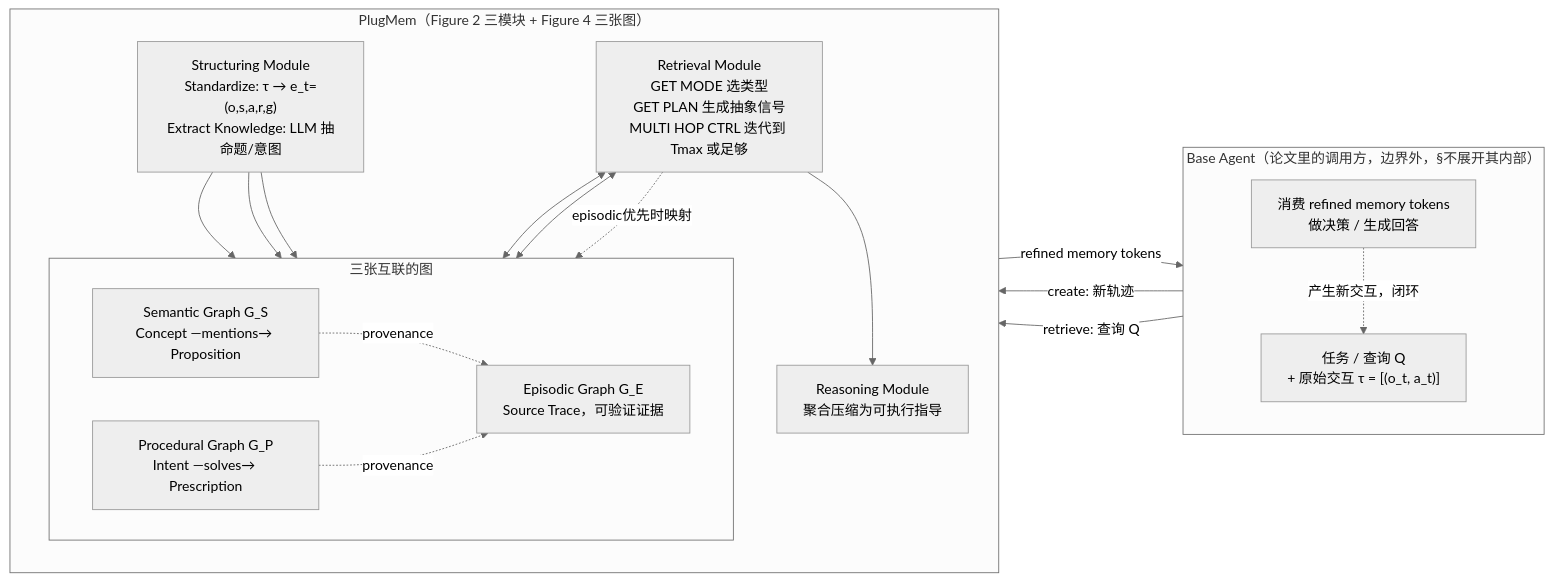
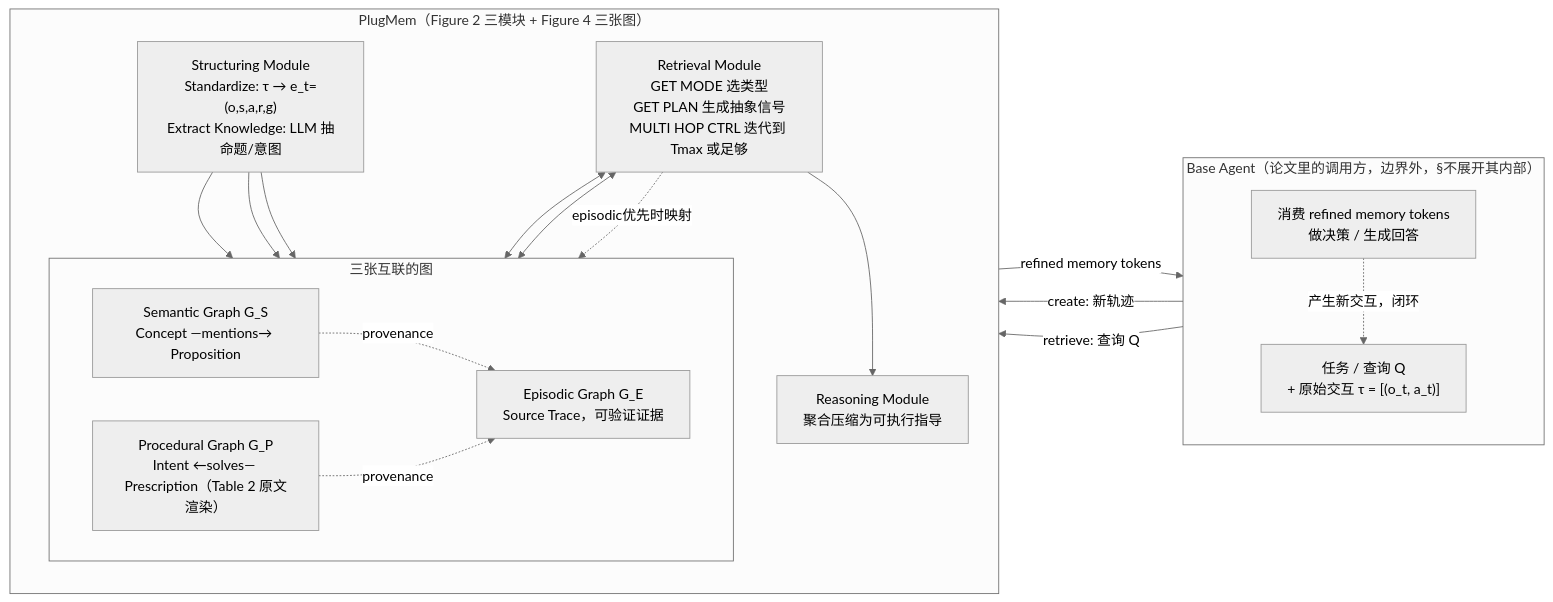
The diagram in servers/plugmem/paper-architecture.md (wafo210715/memory-bench), drawn with Mermaid (neutral theme) before and after one commit. The commit also changed other lines of this file and 25 other files, not shown here.

````diff
--- a/servers/plugmem/paper-architecture.md
+++ b/servers/plugmem/paper-architecture.md
@@ -108,38 +110,38 @@
 ```mermaid
 flowchart LR
     subgraph BASEAGENT["Base Agent（论文里的调用方，边界外，§不展开其内部）"]
         direction TB
         TASK["任务 / 查询 Q<br/>+ 原始交互 τ = [(o_t, a_t)]"]
         ACT["消费 refined memory tokens<br/>做决策 / 生成回答"]
     end
 
     subgraph PLUGMEM["PlugMem（Figure 2 三模块 + Figure 4 三张图）"]
         direction TB
         SM["Structuring Module<br/>Standardize: τ → e_t=(o,s,a,r,g)<br/>Extract Knowledge: LLM 抽命题/意图"]
 
         subgraph GRAPHS["三张互联的图"]
             direction LR
             GE["Episodic Graph G_E<br/>Source Trace，可验证证据"]
             GS["Semantic Graph G_S<br/>Concept —mentions→ Proposition"]
-            GP["Procedural Graph G_P<br/>Intent —solves→ Prescription"]
+            GP["Procedural Graph G_P<br/>Intent ←solves— Prescription（Table 2 原文渲染）"]
         end
 
         RM["Retrieval Module<br/>GET MODE 选类型<br/>GET PLAN 生成抽象信号<br/>MULTI HOP CTRL 迭代到 Tmax 或足够"]
         REASON["Reasoning Module<br/>聚合压缩为可执行指导"]
 
         SM --> GE
         SM --> GS
         SM --> GP
         GS -. provenance .-> GE
         GP -. provenance .-> GE
         RM <--> GS
         RM <--> GP
         RM -. episodic优先时映射 .-> GE
         RM --> REASON
     end
 
     TASK -->|"create: 新轨迹"| SM
     TASK -->|"retrieve: 查询 Q"| RM
     REASON -->|"refined memory tokens"| ACT
     ACT -. 产生新交互，闭环 .-> TASK
 ```
````
